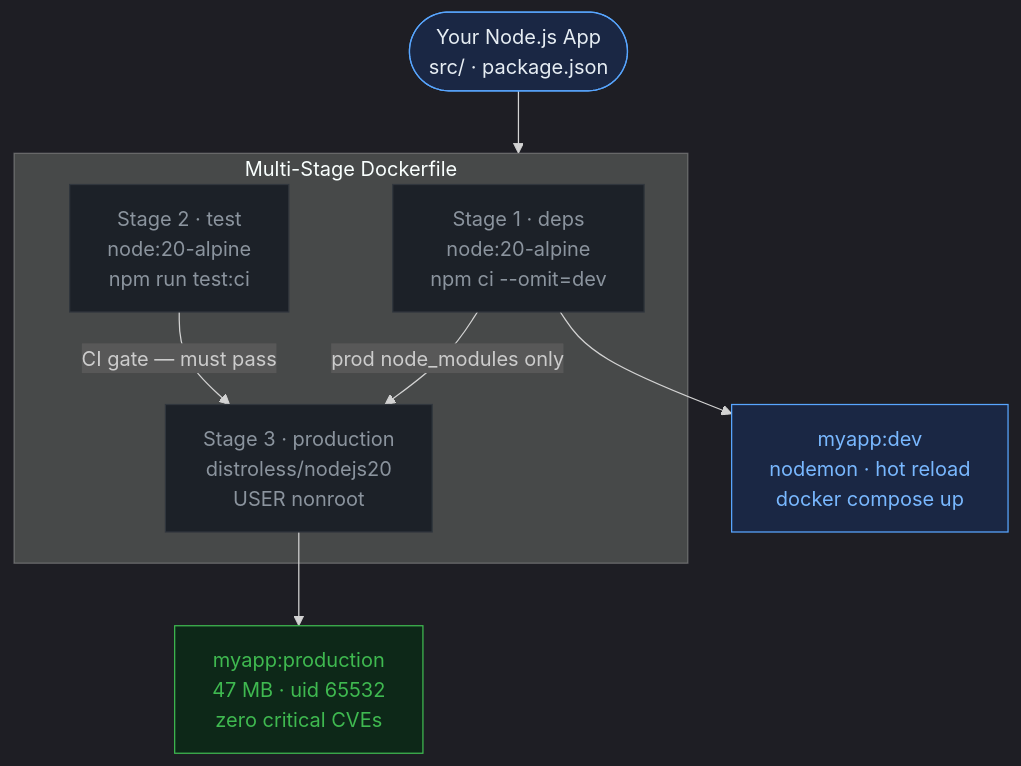
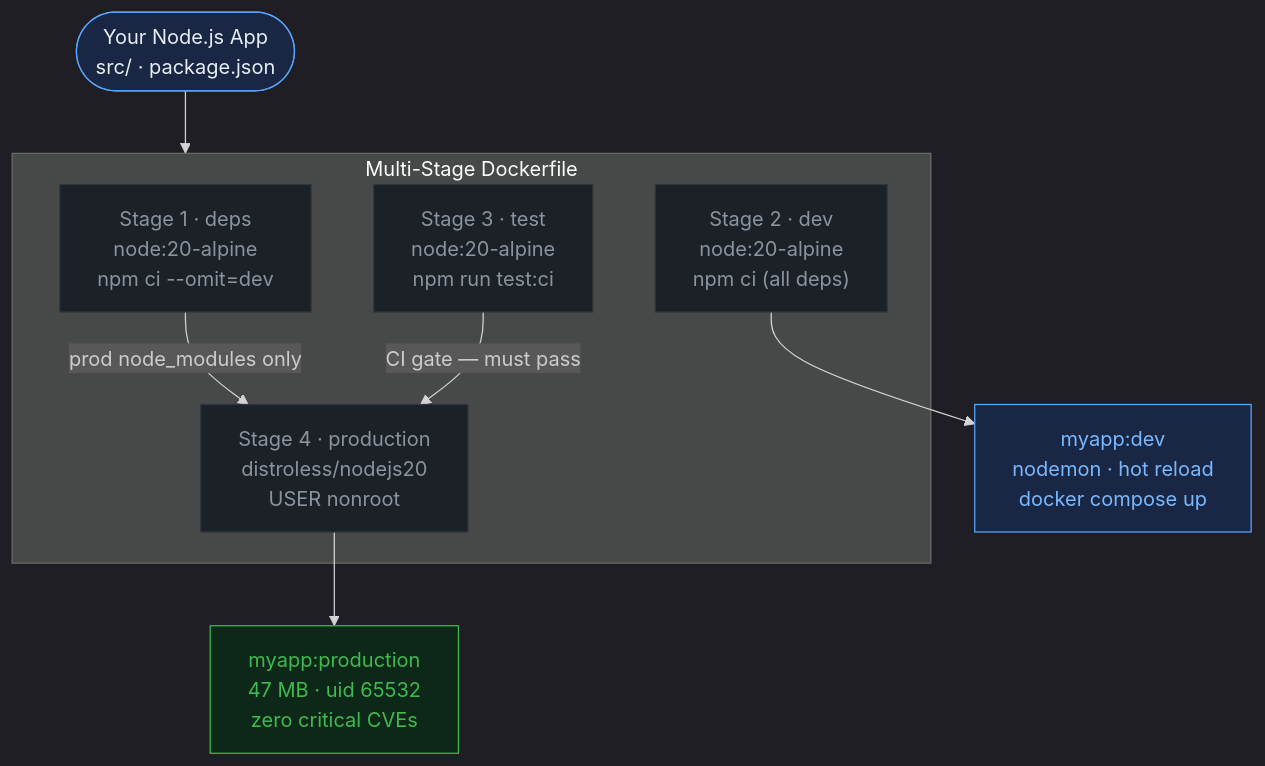
The first of 4 diagrams in _posts/2026-05-14-day-02-docker-multi-stage-builds.md (vsindevops/30-days-devops), drawn with Mermaid before and after one commit. The commit also changed other lines of this file and 1 other file, not shown here.

First line of the commit message:
Fix all validation issues in Day 2 and Day 3

````diff
--- a/_posts/2026-05-14-day-02-docker-multi-stage-builds.md
+++ b/_posts/2026-05-14-day-02-docker-multi-stage-builds.md
@@ -49,25 +49,26 @@
 ```mermaid
 %%{init: {'theme': 'dark'}}%%
 flowchart TD
     SRC(["Your Node.js App\nsrc/  ·  package.json"]):::src
 
     subgraph BUILD ["Multi-Stage Dockerfile"]
         DEPS["Stage 1 · deps\nnode:20-alpine\nnpm ci --omit=dev"]:::stage
-        TEST["Stage 2 · test\nnode:20-alpine\nnpm run test:ci"]:::stage
-        FINAL["Stage 3 · production\ndistroless/nodejs20\nUSER nonroot"]:::stage
+        DEV_S["Stage 2 · dev\nnode:20-alpine\nnpm ci (all deps)"]:::stage
+        TEST["Stage 3 · test\nnode:20-alpine\nnpm run test:ci"]:::stage
+        FINAL["Stage 4 · production\ndistroless/nodejs20\nUSER nonroot"]:::stage
         DEPS -->|"prod node_modules only"| FINAL
         TEST -->|"CI gate — must pass"| FINAL
     end
 
     DEV_IMG["myapp:dev\nnodemon · hot reload\ndocker compose up"]:::dev
     PROD_IMG["myapp:production\n47 MB · uid 65532\nzero critical CVEs"]:::prod
 
     SRC --> BUILD
-    DEPS --> DEV_IMG
+    DEV_S --> DEV_IMG
     FINAL --> PROD_IMG
 
     classDef src fill:#1a2744,stroke:#58a6ff,color:#e6edf3
     classDef stage fill:#1c2128,stroke:#30363d,color:#8b949e
     classDef dev fill:#1a2744,stroke:#58a6ff,color:#79b8ff
     classDef prod fill:#0d2818,stroke:#3fb950,color:#3fb950
 ```
````
